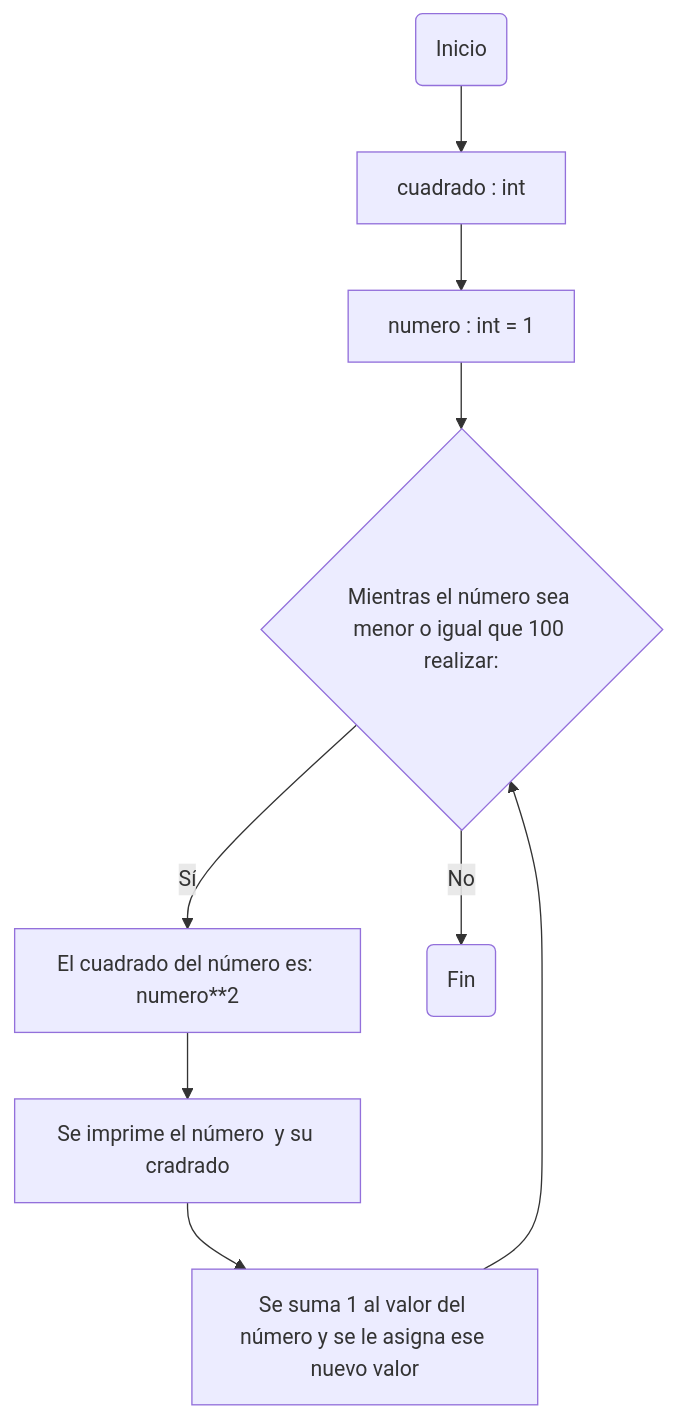
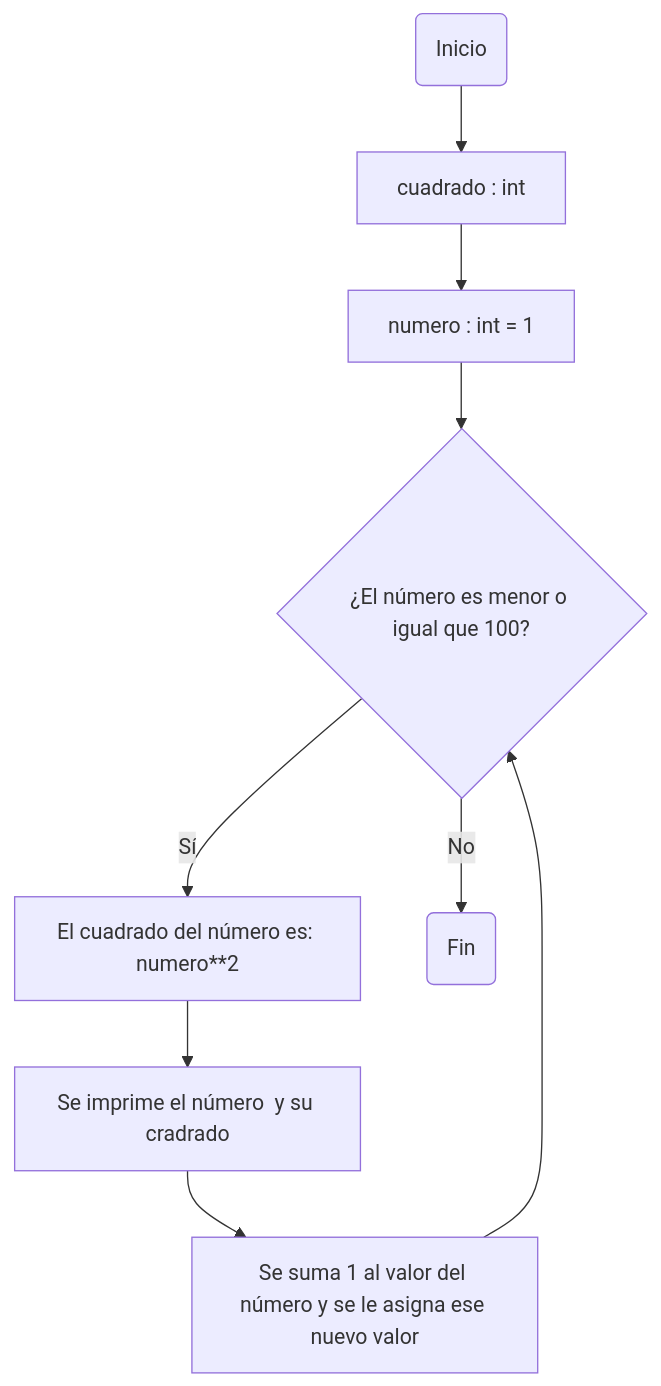
Before and after one commit to JuanJoToAl/Reto7: the first of 3 diagrams in README.md, drawn with Mermaid. The commit also changed other lines of this file, not shown here.

````diff
--- a/README.md
+++ b/README.md
@@ -20,11 +20,11 @@
 ```mermaid
 flowchart TD
     A(Inicio) --> B[cuadrado : int];
     B-->C;
-    C[numero : int = 1] --> D{Mientras el número sea menor o igual que 100 realizar:}-- Sí -->E[El cuadrado del número es: numero**2];
+    C[numero : int = 1] --> D{¿El número es menor o igual que 100?}-- Sí -->E[El cuadrado del número es: numero**2];
     E --> F;
     F[Se imprime el número  y su cradrado] -->G[Se suma 1 al valor del número y se le asigna ese nuevo valor];
     G-->D;
     D-- No -->I;
     I(Fin);
 ```
````
